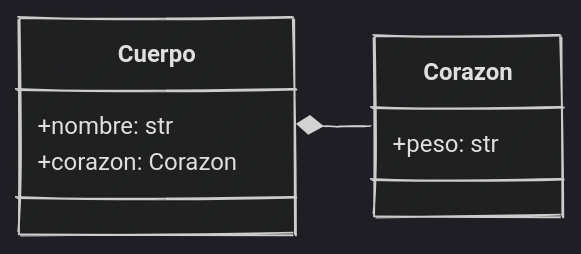
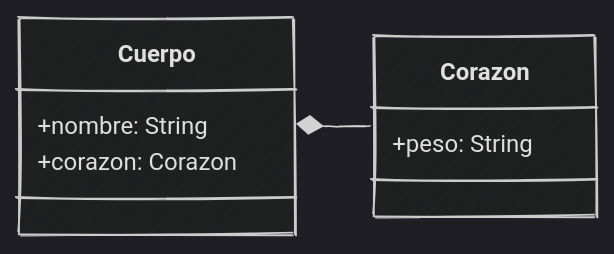
Before and after one commit to python-la-paz/python-study-group-oop: the second of 6 diagrams in content/sesion06/Readme.md, drawn with Mermaid. The commit also changed other lines of this file and 3 other files, not shown here.

````diff
--- a/content/sesion06/Readme.md
+++ b/content/sesion06/Readme.md
@@ -161,14 +186,14 @@
 ```mermaid
 %%{init: {"theme": "dark", "look": "handDrawn"  }}%%
 classDiagram
 direction LR
     class Cuerpo {
-        +nombre: str
+        +nombre: String
         +corazon: Corazon
     }
     class Corazon {
-        +peso: str
+        +peso: String
     }
 
     Cuerpo *-- Corazon
 ```
````
